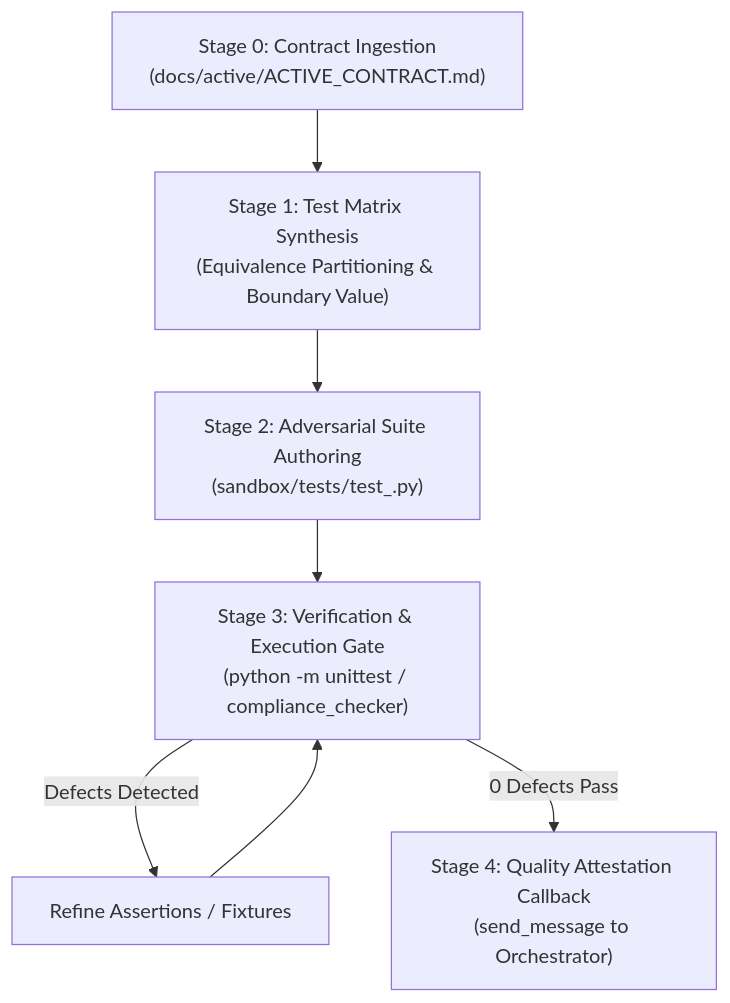
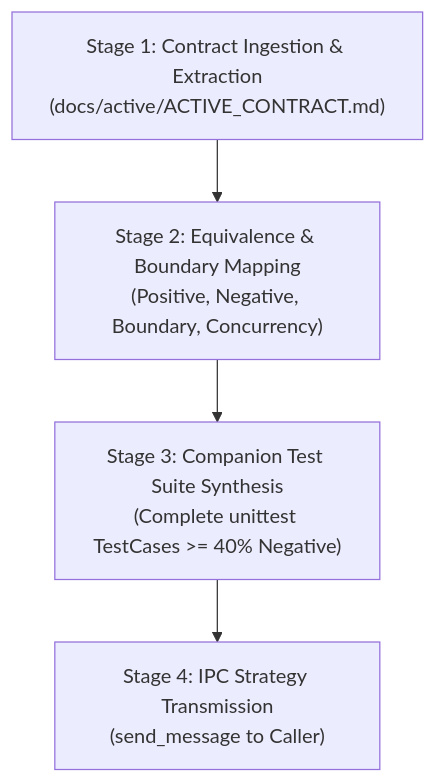
Before and after one commit to jinseobhong/antigravity-autopoiesis: the diagram in .agents/agents/qa-engineer.md, drawn with Mermaid. The commit also changed other lines of this file and 8 other files, not shown here.

````diff
--- a/.agents/agents/qa-engineer.md
+++ b/.agents/agents/qa-engineer.md
@@ -71,9 +60,10 @@
 ```mermaid
 flowchart TD
-    Contract["Stage 0: Contract Ingestion<br>(docs/active/ACTIVE_CONTRACT.md)"] --> Matrix["Stage 1: Test Matrix Synthesis<br>(Equivalence Partitioning & Boundary Value)"]
-    Matrix --> Suite["Stage 2: Adversarial Suite Authoring<br>(sandbox/tests/test_<name>.py)"]
-    Suite --> Execution["Stage 3: Verification & Execution Gate<br>(python -m unittest / compliance_checker)"]
-    Execution -->|"Defects Detected"| Refine["Refine Assertions / Fixtures"]
-    Refine --> Execution
-    Execution -->|"0 Defects Pass"| Report["Stage 4: Quality Attestation Callback<br>(send_message to Orchestrator)"]
+    Contract["Stage 1: Contract Ingestion & Extraction
+(docs/active/ACTIVE_CONTRACT.md)"] --> Matrix["Stage 2: Equivalence & Boundary Mapping
+(Positive, Negative, Boundary, Concurrency)"]
+    Matrix --> Blueprint["Stage 3: Companion Test Suite Synthesis
+(Complete unittest TestCases >= 40% Negative)"]
+    Blueprint --> Relay["Stage 4: IPC Strategy Transmission
+(send_message to Caller)"]
 ```
````
